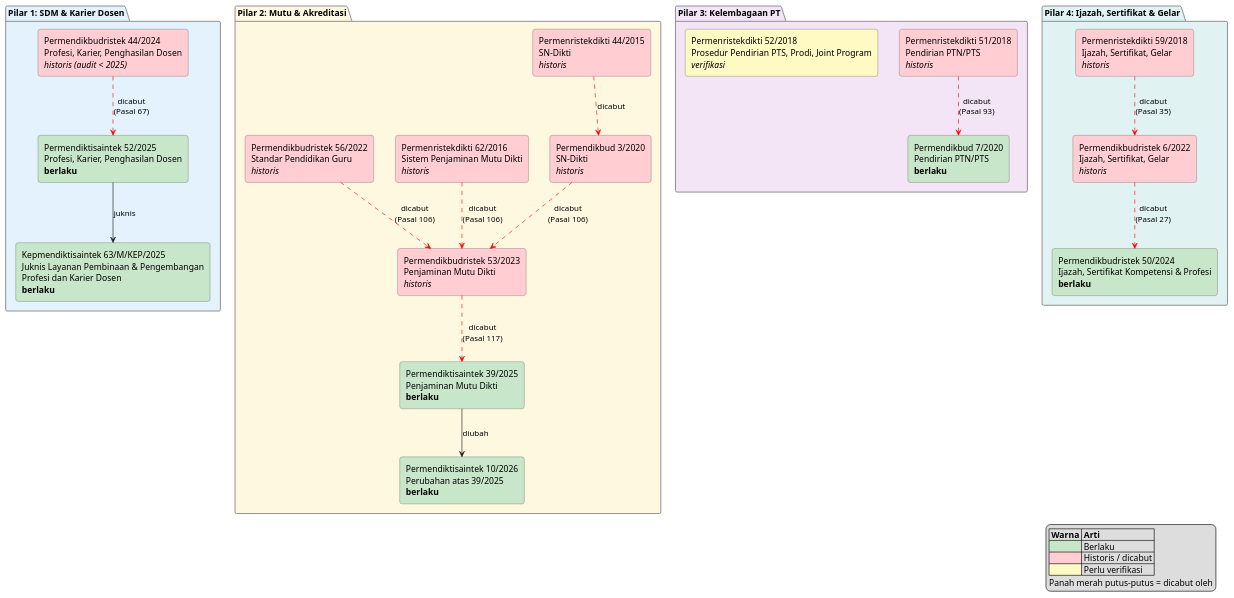
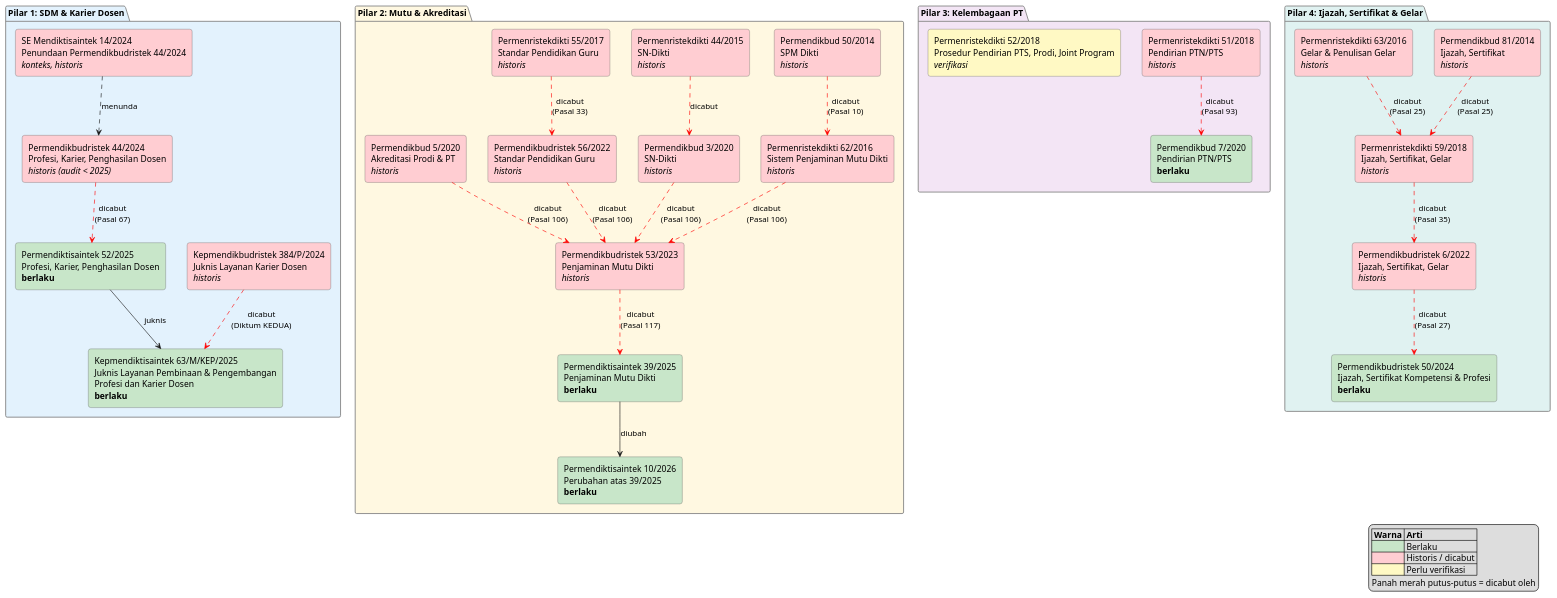
One commit to bendo01/xsia_xarx changed the diagram in desertation/diagram/pilar_regulasi.puml. Above: the diagram before and after it, drawn with PlantUML. The commit also changed 23 other files, not shown here.

```diff
--- a/desertation/diagram/pilar_regulasi.puml
+++ b/desertation/diagram/pilar_regulasi.puml
@@ -1,59 +1,73 @@
 @startuml pilar_regulasi
 skinparam shadowing false
 skinparam defaultFontName Arial
 skinparam rectangle {
   RoundCorner 8
   BorderColor #555555
 }
 skinparam package {
   BorderColor #888888
 }
 
 package "Pilar 1: SDM & Karier Dosen" #E3F2FD {
+  rectangle "Kepmendikbudristek 384/P/2024\nJuknis Layanan Karier Dosen\n//historis//" as K384_24 #FFCDD2
+  rectangle "SE Mendiktisaintek 14/2024\nPenundaan Permendikbudristek 44/2024\n//konteks, historis//" as SE14_24 #FFCDD2
   rectangle "Permendikbudristek 44/2024\nProfesi, Karier, Penghasilan Dosen\n//historis (audit < 2025)//" as P44_24 #FFCDD2
   rectangle "Permendiktisaintek 52/2025\nProfesi, Karier, Penghasilan Dosen\n**berlaku**" as P52_25 #C8E6C9
   rectangle "Kepmendiktisaintek 63/M/KEP/2025\nJuknis Layanan Pembinaan & Pengembangan\nProfesi dan Karier Dosen\n**berlaku**" as K63_25 #C8E6C9
 }
 
 package "Pilar 2: Mutu & Akreditasi" #FFF8E1 {
+  rectangle "Permendikbud 50/2014\nSPM Dikti\n//historis//" as P50_14 #FFCDD2
   rectangle "Permenristekdikti 44/2015\nSN-Dikti\n//historis//" as P44_15 #FFCDD2
   rectangle "Permenristekdikti 62/2016\nSistem Penjaminan Mutu Dikti\n//historis//" as P62_16 #FFCDD2
+  rectangle "Permenristekdikti 55/2017\nStandar Pendidikan Guru\n//historis//" as P55_17 #FFCDD2
   rectangle "Permendikbud 3/2020\nSN-Dikti\n//historis//" as P3_20 #FFCDD2
+  rectangle "Permendikbud 5/2020\nAkreditasi Prodi & PT\n//historis//" as P5_20 #FFCDD2
   rectangle "Permendikbudristek 56/2022\nStandar Pendidikan Guru\n//historis//" as P56_22 #FFCDD2
   rectangle "Permendikbudristek 53/2023\nPenjaminan Mutu Dikti\n//historis//" as P53_23 #FFCDD2
   rectangle "Permendiktisaintek 39/2025\nPenjaminan Mutu Dikti\n**berlaku**" as P39_25 #C8E6C9
   rectangle "Permendiktisaintek 10/2026\nPerubahan atas 39/2025\n**berlaku**" as P10_26 #C8E6C9
 }
 
 package "Pilar 3: Kelembagaan PT" #F3E5F5 {
   rectangle "Permenristekdikti 51/2018\nPendirian PTN/PTS\n//historis//" as P51_18 #FFCDD2
   rectangle "Permenristekdikti 52/2018\nProsedur Pendirian PTS, Prodi, Joint Program\n//verifikasi//" as P52_18 #FFF9C4
   rectangle "Permendikbud 7/2020\nPendirian PTN/PTS\n**berlaku**" as P7_20 #C8E6C9
 }
 
 package "Pilar 4: Ijazah, Sertifikat & Gelar" #E0F2F1 {
+  rectangle "Permendikbud 81/2014\nIjazah, Sertifikat\n//historis//" as P81_14 #FFCDD2
+  rectangle "Permenristekdikti 63/2016\nGelar & Penulisan Gelar\n//historis//" as P63_16 #FFCDD2
   rectangle "Permenristekdikti 59/2018\nIjazah, Sertifikat, Gelar\n//historis//" as P59_18 #FFCDD2
   rectangle "Permendikbudristek 6/2022\nIjazah, Sertifikat, Gelar\n//historis//" as P6_22 #FFCDD2
   rectangle "Permendikbudristek 50/2024\nIjazah, Sertifikat Kompetensi & Profesi\n**berlaku**" as P50_24 #C8E6C9
 }
 
 P44_24 -[#red,dashed]-> P52_25 : dicabut\n(Pasal 67)
 P52_25 --> K63_25 : juknis
+K384_24 -[#red,dashed]-> K63_25 : dicabut\n(Diktum KEDUA)
+SE14_24 ..> P44_24 : menunda
+P50_14 -[#red,dashed]-> P62_16 : dicabut\n(Pasal 10)
+P55_17 -[#red,dashed]-> P56_22 : dicabut\n(Pasal 33)
+P5_20 -[#red,dashed]-> P53_23 : dicabut\n(Pasal 106)
+P81_14 -[#red,dashed]-> P59_18 : dicabut\n(Pasal 25)
+P63_16 -[#red,dashed]-> P59_18 : dicabut\n(Pasal 25)
 P44_15 -[#red,dashed]-> P3_20 : dicabut
 P3_20 -[#red,dashed]-> P53_23 : dicabut\n(Pasal 106)
 P62_16 -[#red,dashed]-> P53_23 : dicabut\n(Pasal 106)
 P56_22 -[#red,dashed]-> P53_23 : dicabut\n(Pasal 106)
 P53_23 -[#red,dashed]-> P39_25 : dicabut\n(Pasal 117)
 P39_25 --> P10_26 : diubah
 P51_18 -[#red,dashed]-> P7_20 : dicabut\n(Pasal 93)
 P59_18 -[#red,dashed]-> P6_22 : dicabut\n(Pasal 35)
 P6_22 -[#red,dashed]-> P50_24 : dicabut\n(Pasal 27)
 
 legend right
   |= Warna |= Arti |
   | <#C8E6C9> | Berlaku |
   | <#FFCDD2> | Historis / dicabut |
   | <#FFF9C4> | Perlu verifikasi |
   Panah merah putus-putus = dicabut oleh
 endlegend
 @enduml
```
